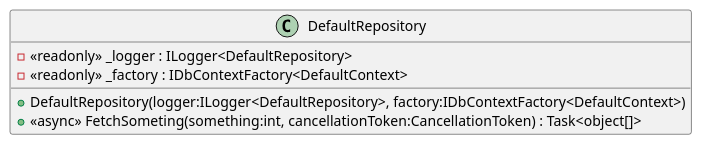
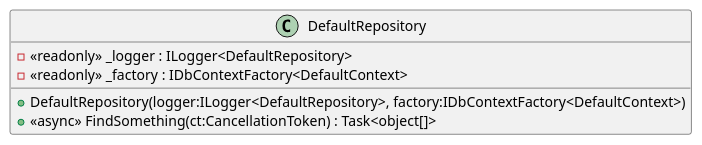
One commit to domoar/CleanArchitectureTemplate changed the diagram in __extras__/docu/plantuml/DefaultRepository.puml. Above: the diagram before and after it, drawn with PlantUML. The commit also changed 2 other files, not shown here.

Commit message:
chore: update PlantUML diagrams

```diff
--- a/__extras__/docu/plantuml/DefaultRepository.puml
+++ b/__extras__/docu/plantuml/DefaultRepository.puml
@@ -1,8 +1,8 @@
 @startuml
 class DefaultRepository {
     - <<readonly>> _logger : ILogger<DefaultRepository>
     - <<readonly>> _factory : IDbContextFactory<DefaultContext>
     + DefaultRepository(logger:ILogger<DefaultRepository>, factory:IDbContextFactory<DefaultContext>)
-    + <<async>> FetchSometing(something:int, cancellationToken:CancellationToken) : Task<object[]>
+    + <<async>> FindSomething(ct:CancellationToken) : Task<object[]>
 }
 @enduml
```
